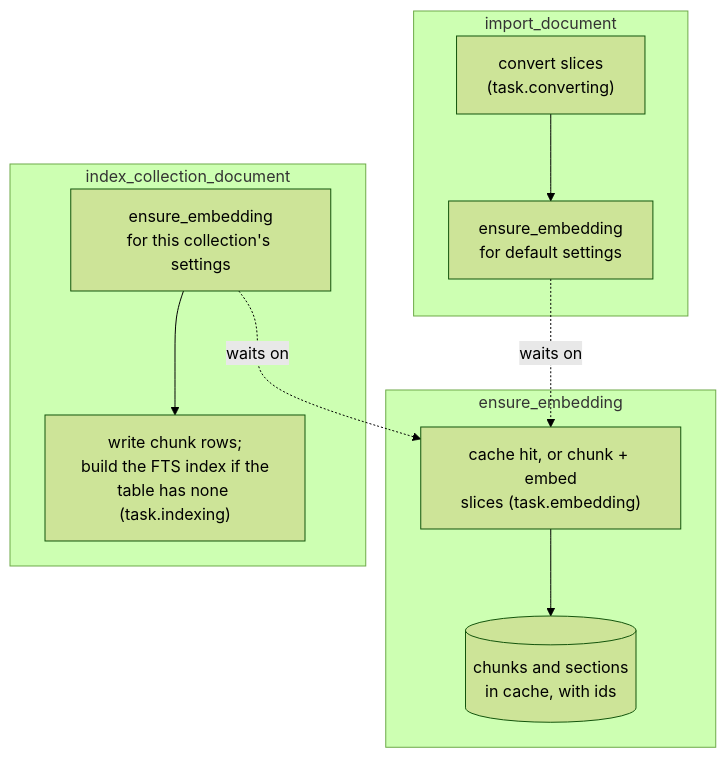
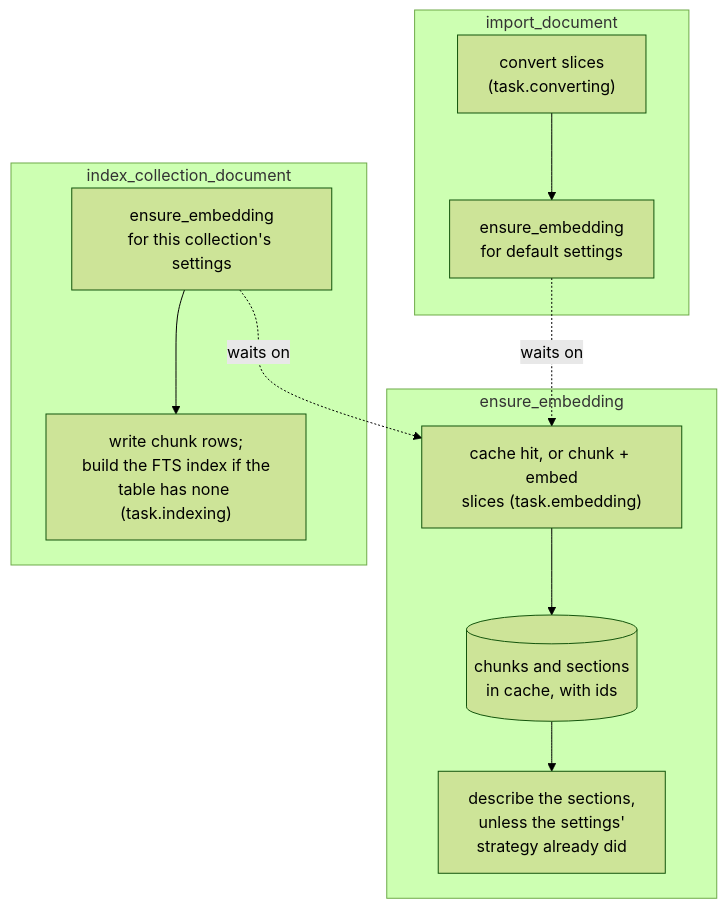
One commit to haskian/haskie changed the second of 3 diagrams in docs/indexing.md. Above: the diagram before and after it, drawn with Mermaid (forest theme). The commit also changed other lines of this file and 34 other files, not shown here.

````diff
--- a/docs/indexing.md
+++ b/docs/indexing.md
@@ -33,14 +33,15 @@
 ```mermaid
 flowchart TB
     subgraph import_document
         conv["convert slices<br/>(task.converting)"] --> warm["ensure_embedding<br/>for default settings"]
     end
     subgraph ensure_embedding
         chunk["cache hit, or chunk + embed<br/>slices (task.embedding)"] --> parquet[("chunks and sections<br/>in cache, with ids")]
+        parquet --> describe["describe the sections,<br/>unless the settings'<br/>strategy already did"]
     end
     subgraph index_collection_document
         need["ensure_embedding<br/>for this collection's settings"] --> rows["write chunk rows;<br/>build the FTS index if the<br/>table has none (task.indexing)"]
     end
     warm -.waits on.-> chunk
     need -.waits on.-> chunk
 ```
````
